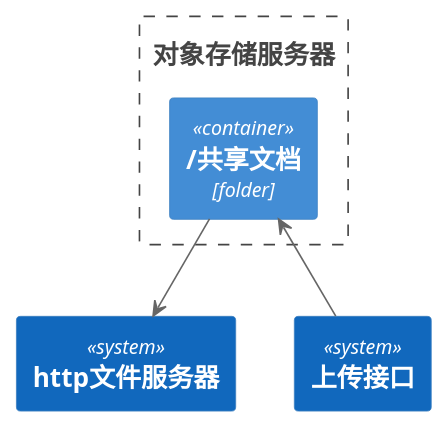
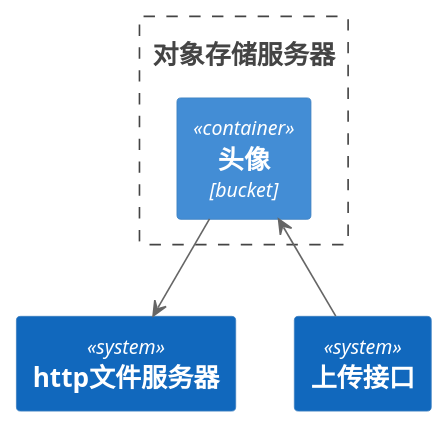
One commit to gardenerframework/impatiens changed the fourth of 4 diagrams in 云与虚拟化/存储/基础知识/存储服务器和存储类型/readme.md. Above: the diagram before and after it, drawn with PlantUML.

Commit message:
chore(云与虚拟化): 完善存储服务器和存储类型介绍文档

````diff
--- a/云与虚拟化/存储/基础知识/存储服务器和存储类型/readme.md
+++ b/云与虚拟化/存储/基础知识/存储服务器和存储类型/readme.md
@@ -95,16 +95,16 @@
 ```plantuml
 @startuml
 !include  https://plantuml.s3.cn-north-1.jdcloud-oss.com/C4_Container.puml
 
 System(主机1, http文件服务器)
 System(主机2, 上传接口)
 Boundary(oss, 对象存储服务器) {
-    Container(foldder1, /共享文档, folder)
+    Container(foldder1, 头像, bucket)
     
 }
 
 foldder1 --> 主机1
 主机2 -u-> foldder1
 
 @enduml
 ```
````
